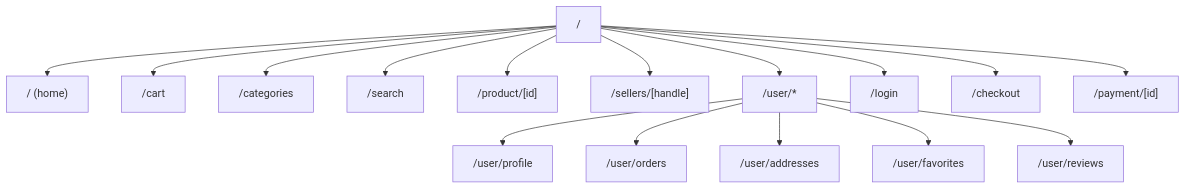
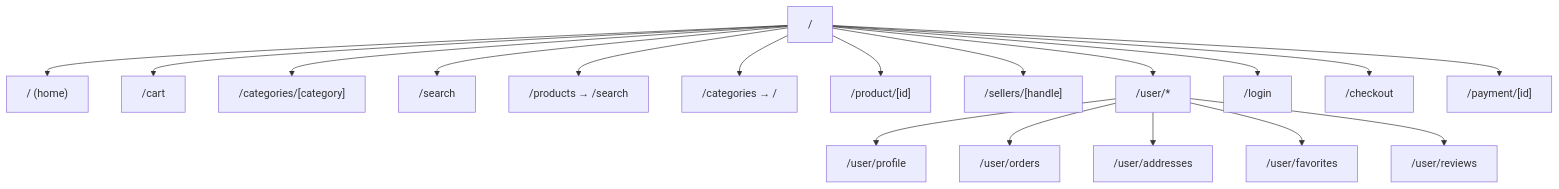
One commit to SOPet-Co-Ltd/new-sopet-storefront changed the diagram in docs/routing.md. Above: the diagram before and after it, drawn with Mermaid. The commit also changed other lines of this file and 10 other files, not shown here.

First line of the commit message:
refactor(storefront): redirect /products and remove /categories index

````diff
--- a/docs/routing.md
+++ b/docs/routing.md
@@ -7,20 +7,22 @@
 ```mermaid
 flowchart TD
   ROOT["/"]
   ROOT --> HOME["/ (home)"]
   ROOT --> CART["/cart"]
-  ROOT --> CAT["/categories"]
+  ROOT --> CAT["/categories/[category]"]
   ROOT --> SEARCH["/search"]
+  ROOT --> PROD_LIST["/products → /search"]
+  ROOT --> CAT_INDEX["/categories → /"]
   ROOT --> PROD["/product/[id]"]
   ROOT --> SELLER["/sellers/[handle]"]
   ROOT --> USER["/user/*"]
   ROOT --> LOGIN["/login"]
   ROOT --> CHECKOUT["/checkout"]
   ROOT --> PAYMENT["/payment/[id]"]
 
   USER --> PROFILE["/user/profile"]
   USER --> ORDERS["/user/orders"]
   USER --> ADDR["/user/addresses"]
   USER --> FAV["/user/favorites"]
   USER --> REV["/user/reviews"]
 ```
````
